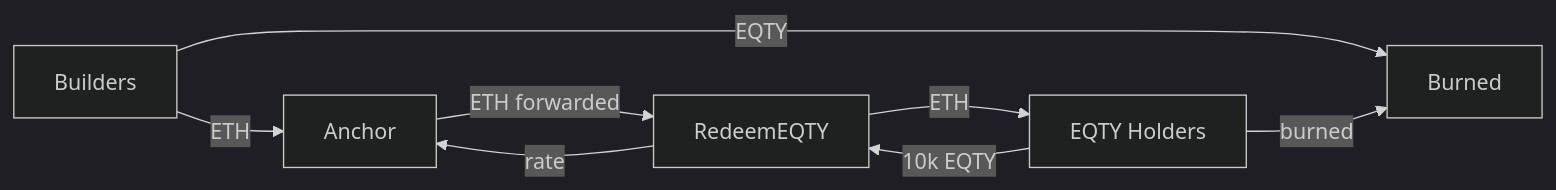
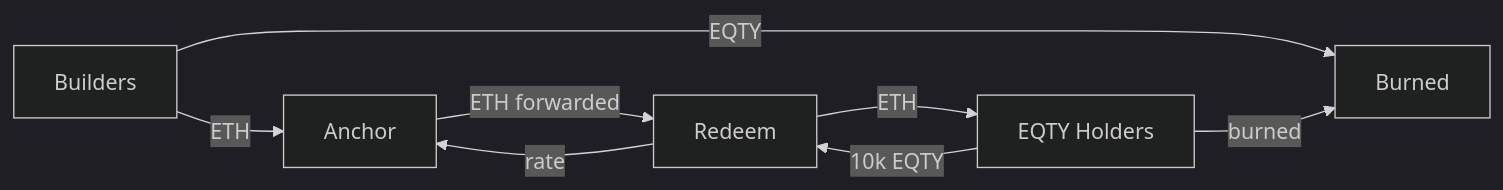
Before and after one commit to eqty-dao/eqty-contracts: the diagram in README.md, drawn with Mermaid (dark theme). The commit also changed other lines of this file and 74 other files, not shown here.

Commit message:
Rename RedeemEQTY to Redeem

````diff
--- a/README.md
+++ b/README.md
@@ -49,10 +49,10 @@
 ```mermaid
 graph LR
     A[Builders] -->|ETH| B[Anchor]
     A -->|EQTY| D[Burned]
-    B -->|ETH forwarded| C[RedeemEQTY]
+    B -->|ETH forwarded| C[Redeem]
     C -->|rate| B
     E[EQTY Holders] -->|10k EQTY| C
     C -->|ETH| E
     E -->|burned| D
 ```
````
